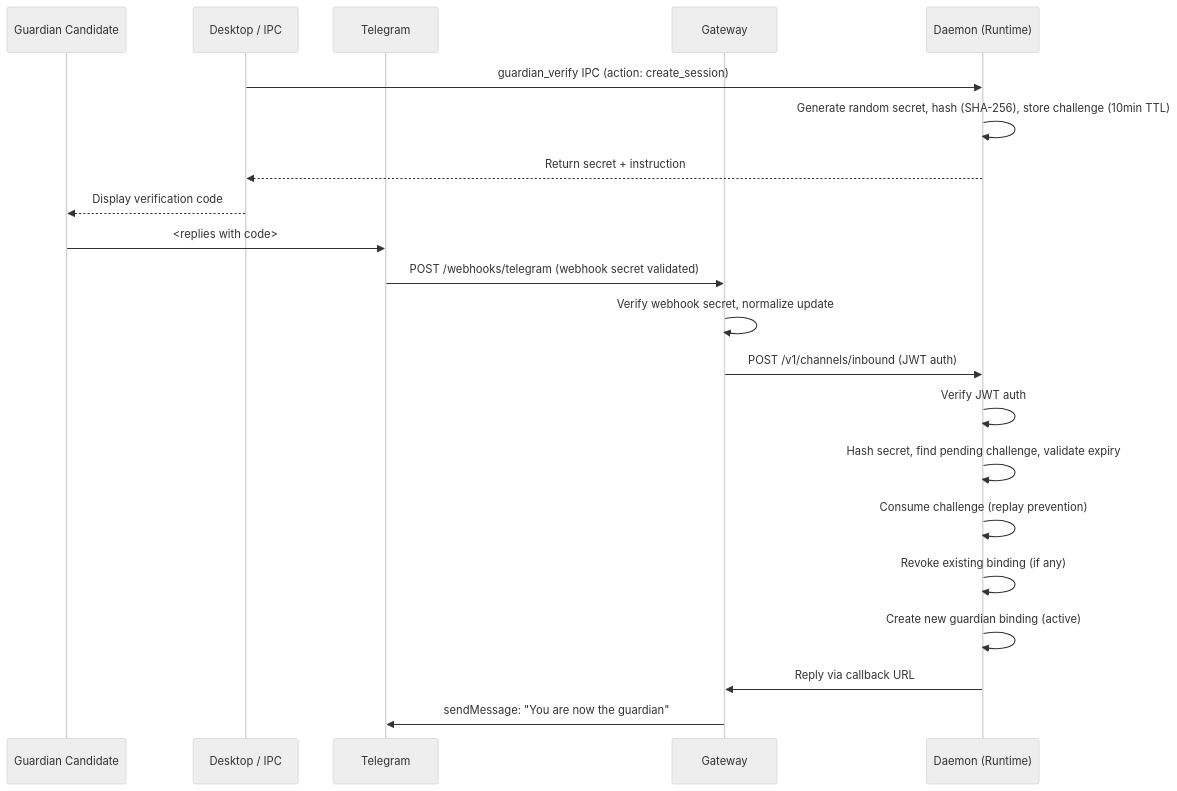
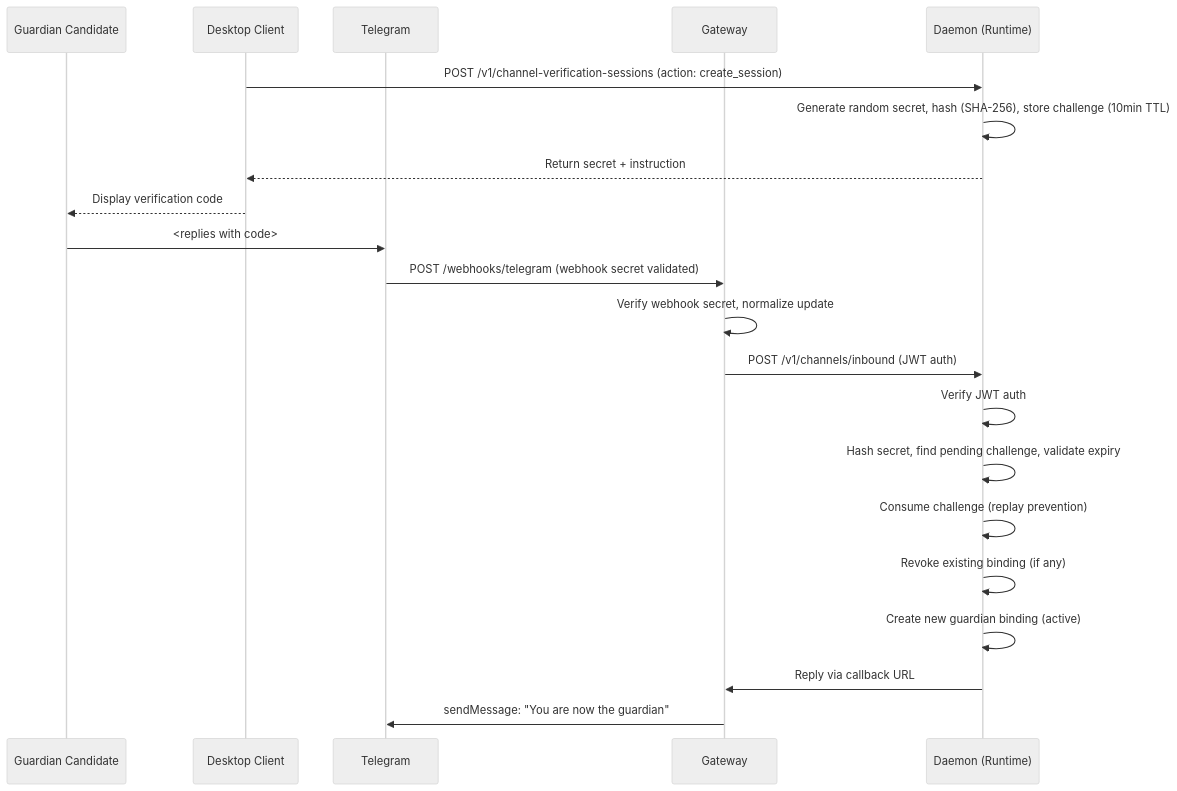
The first of 6 diagrams in gateway/ARCHITECTURE.md (vellum-ai/vellum-assistant), drawn with Mermaid (neutral theme) before and after one commit. The commit also changed other lines of this file and 23 other files, not shown here.

````diff
--- a/gateway/ARCHITECTURE.md
+++ b/gateway/ARCHITECTURE.md
@@ -377,24 +377,24 @@
 ```mermaid
 sequenceDiagram
     participant User as Guardian Candidate
-    participant Desktop as Desktop / IPC
+    participant Desktop as Desktop Client
     participant TG as Telegram
     participant GW as Gateway
     participant Daemon as Daemon (Runtime)
 
-    Desktop->>Daemon: guardian_verify IPC (action: create_session)
+    Desktop->>Daemon: POST /v1/channel-verification-sessions (action: create_session)
     Daemon->>Daemon: Generate random secret, hash (SHA-256), store challenge (10min TTL)
     Daemon-->>Desktop: Return secret + instruction
     Desktop-->>User: Display verification code
     User->>TG: <replies with code>
     TG->>GW: POST /webhooks/telegram (webhook secret validated)
     GW->>GW: Verify webhook secret, normalize update
     GW->>Daemon: POST /v1/channels/inbound (JWT auth)
     Daemon->>Daemon: Verify JWT auth
     Daemon->>Daemon: Hash secret, find pending challenge, validate expiry
     Daemon->>Daemon: Consume challenge (replay prevention)
     Daemon->>Daemon: Revoke existing binding (if any)
     Daemon->>Daemon: Create new guardian binding (active)
     Daemon->>GW: Reply via callback URL
     GW->>TG: sendMessage: "You are now the guardian"
 ```
````
